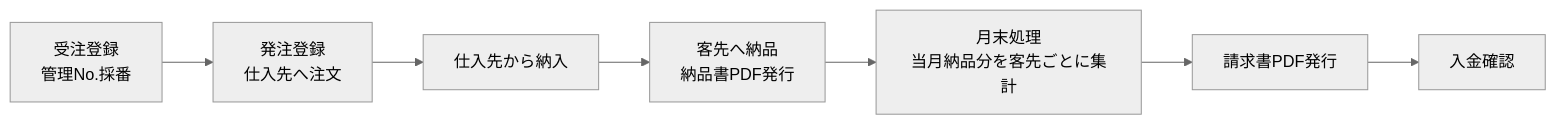
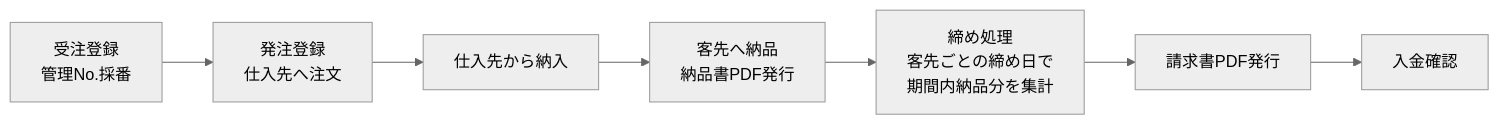
One commit to yuichi4107-lab/ClaudeCode changed the first of 3 diagrams in docs/sales_management/01_要件定義書.md. Above: the diagram before and after it, drawn with Mermaid (neutral theme). The commit also changed other lines of this file and 4 other files, not shown here.

````diff
--- a/docs/sales_management/01_要件定義書.md
+++ b/docs/sales_management/01_要件定義書.md
@@ -50,9 +51,9 @@
 ```mermaid
 flowchart LR
     A[受注登録<br>管理No.採番] --> B[発注登録<br>仕入先へ注文]
     B --> C[仕入先から納入]
     C --> D[客先へ納品<br>納品書PDF発行]
-    D --> E[月末処理<br>当月納品分を客先ごとに集計]
+    D --> E[締め処理<br>客先ごとの締め日で<br>期間内納品分を集計]
     E --> F[請求書PDF発行]
     F --> G[入金確認]
 ```
````
